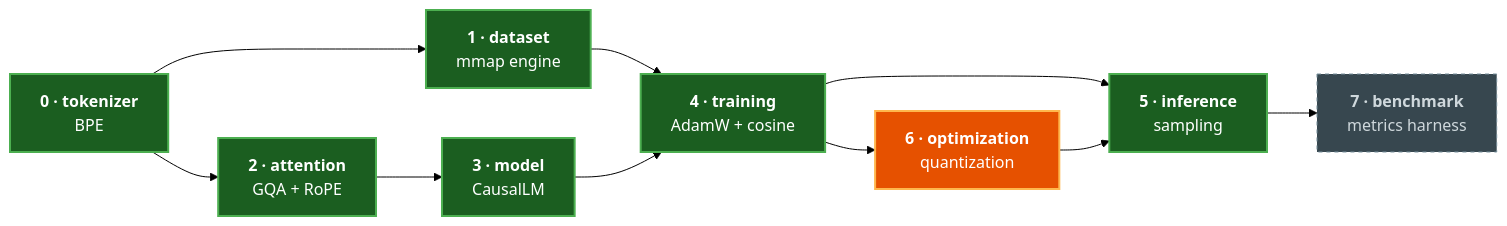
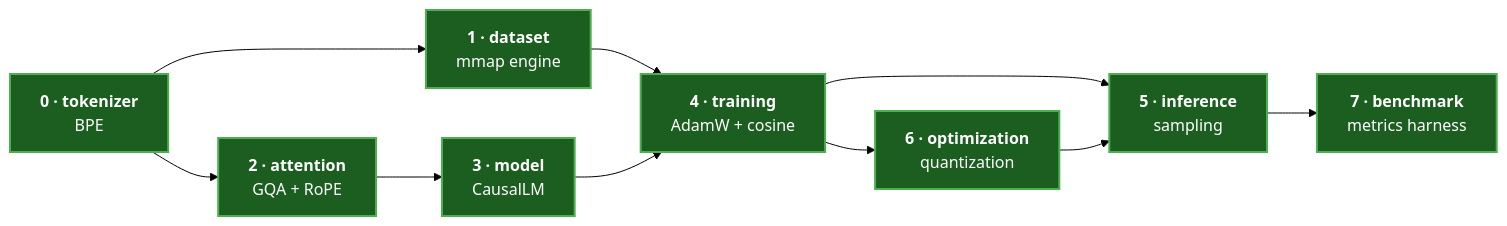
One commit to 555aaditya/Language-Model changed the seventh of 7 diagrams in README.md. Above: the diagram before and after it, drawn with Mermaid (forest theme). The commit also changed other lines of this file and 1 other file, not shown here.

````diff
--- a/README.md
+++ b/README.md
@@ -389,19 +444,17 @@
 ```mermaid
 flowchart LR
     S0["<b>0 · tokenizer</b><br/>BPE"] --> S1["<b>1 · dataset</b><br/>mmap engine"]
     S0 --> S2["<b>2 · attention</b><br/>GQA + RoPE"]
     S2 --> S3["<b>3 · model</b><br/>CausalLM"]
     S1 --> S4["<b>4 · training</b><br/>AdamW + cosine"]
     S3 --> S4
     S4 --> S5["<b>5 · inference</b><br/>sampling"]
     S4 --> S6["<b>6 · optimization</b><br/>quantization"]
     S6 --> S5
     S5 --> S7["<b>7 · benchmark</b><br/>metrics harness"]
 
     classDef done fill:#1b5e20,stroke:#4CAF50,stroke-width:2px,color:#fff
     classDef next fill:#e65100,stroke:#ffb74d,stroke-width:2px,color:#fff
     classDef todo fill:#37474f,stroke:#78909c,color:#cfd8dc,stroke-dasharray: 4 4
-    class S0,S1,S2,S3,S4,S5 done
-    class S6 next
-    class S7 todo
+    class S0,S1,S2,S3,S4,S5,S6,S7 done
 ```
````
